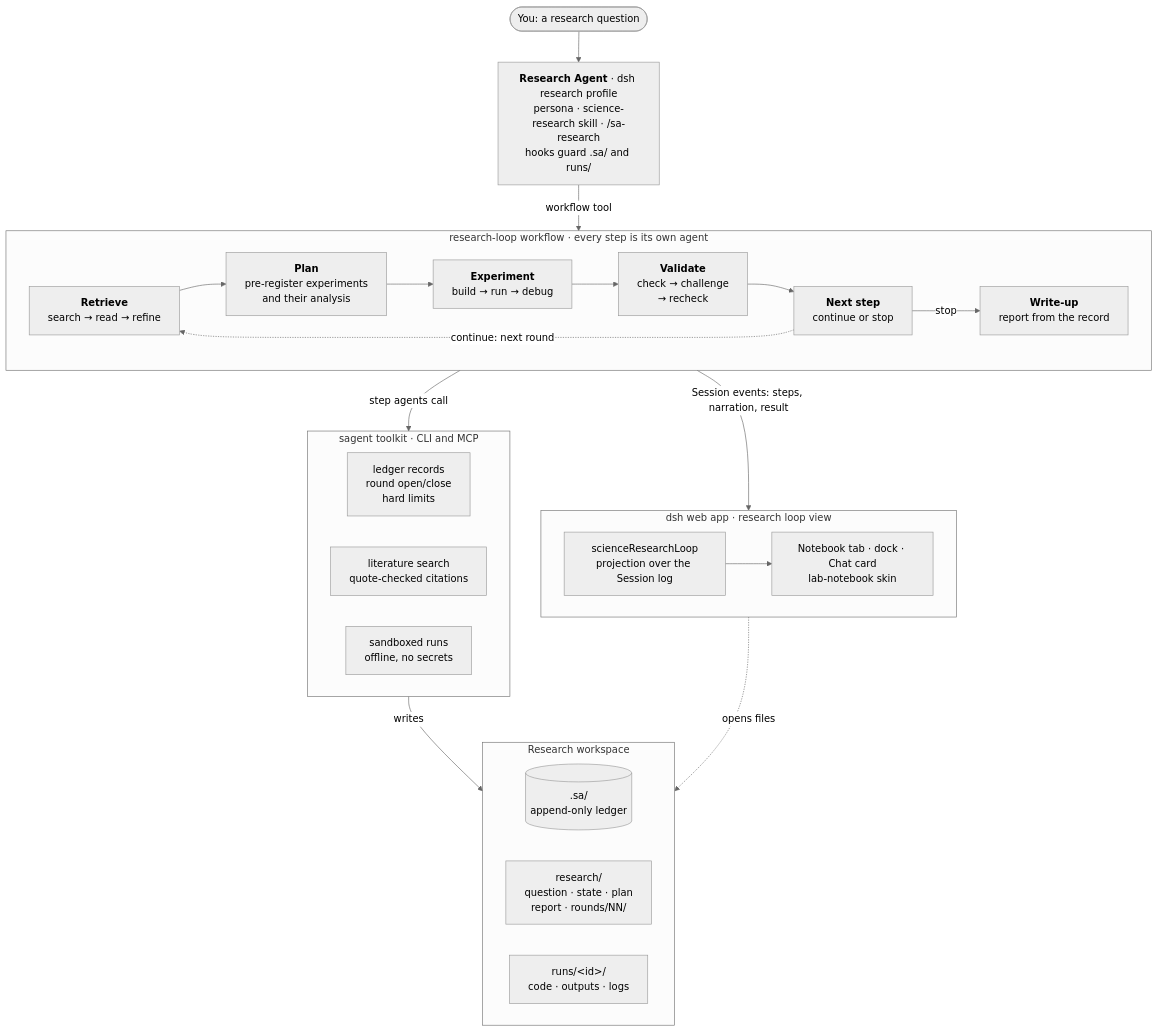
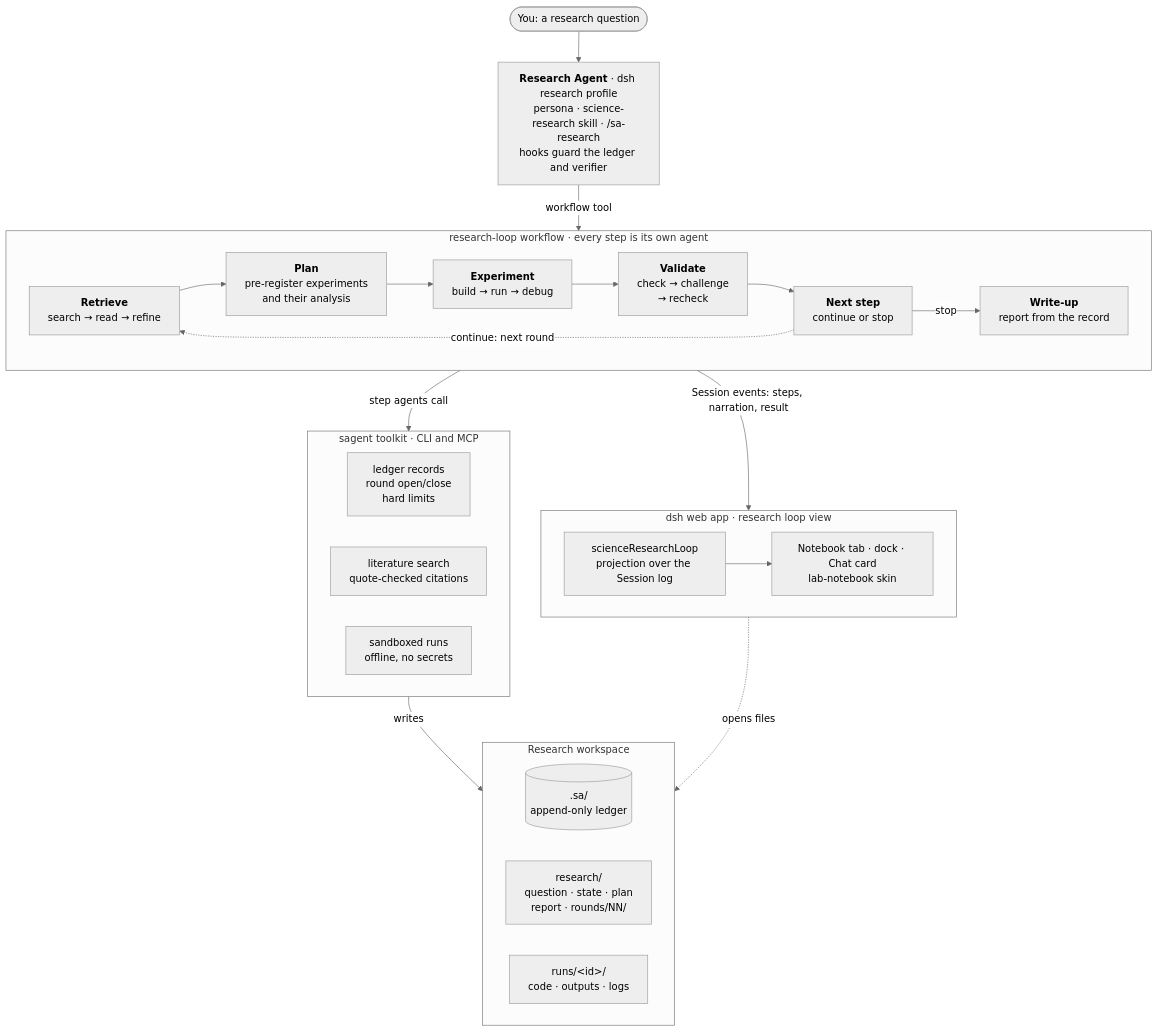
One commit to xl-lian/deepseek-harness changed the first of 2 diagrams in packages/experimental/science-research-bundle/README.md. Above: the diagram before and after it, drawn with Mermaid (neutral theme). The commit also changed other lines of this file, not shown here.

First line of the commit message:
docs(experimental): expand the research bundle README into a full guide

````diff
--- a/packages/experimental/science-research-bundle/README.md
+++ b/packages/experimental/science-research-bundle/README.md
@@ -7,46 +9,46 @@
 ```mermaid
 flowchart TB
   user(["You: a research question"])
-  agent["<b>Research Agent</b> · dsh research profile<br/>persona · science-research skill · /sa-research<br/>hooks guard .sa/ and runs/"]
+  agent["<b>Research Agent</b> · dsh research profile<br/>persona · science-research skill · /sa-research<br/>hooks guard the ledger and verifier"]
 
   subgraph loop["research-loop workflow · every step is its own agent"]
     direction LR
     retrieve["<b>Retrieve</b><br/>search → read → refine"]
     plan["<b>Plan</b><br/>pre-register experiments<br/>and their analysis"]
     experiment["<b>Experiment</b><br/>build → run → debug"]
     validate["<b>Validate</b><br/>check → challenge<br/>→ recheck"]
     next["<b>Next step</b><br/>continue or stop"]
     writeup["<b>Write-up</b><br/>report from the record"]
     retrieve --> plan --> experiment --> validate --> next
     next -. "continue: next round" .-> retrieve
     next -- "stop" --> writeup
   end
 
   subgraph toolkit["sagent toolkit · CLI and MCP"]
     direction LR
     record["ledger records<br/>round open/close<br/>hard limits"]
     lit["literature search<br/>quote-checked citations"]
     sandbox["sandboxed runs<br/>offline, no secrets"]
   end
 
   subgraph ws["Research workspace"]
     direction LR
     ledger[(".sa/<br/>append-only ledger")]
     notebook["research/<br/>question · state · plan<br/>report · rounds/NN/"]
     runs["runs/&lt;id&gt;/<br/>code · outputs · logs"]
   end
 
   subgraph ui["dsh web app · research loop view"]
     direction LR
     projection["scienceResearchLoop<br/>projection over the Session log"]
     views["Notebook tab · dock · Chat card<br/>lab-notebook skin"]
     projection --> views
   end
 
   user --> agent
   agent -- "workflow tool" --> loop
   loop -- "step agents call" --> toolkit
   toolkit -- "writes" --> ws
   loop -- "Session events: steps, narration, result" --> ui
   ui -. "opens files" .-> ws
 ```
````
